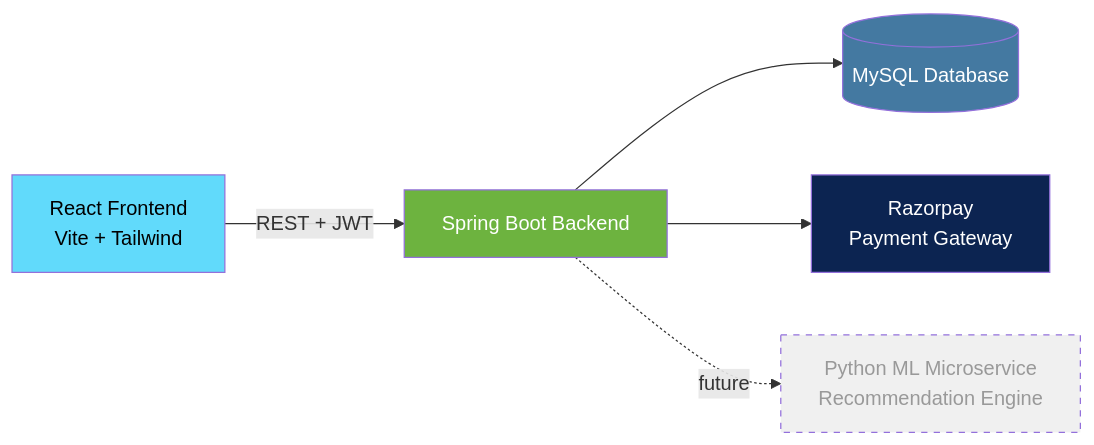
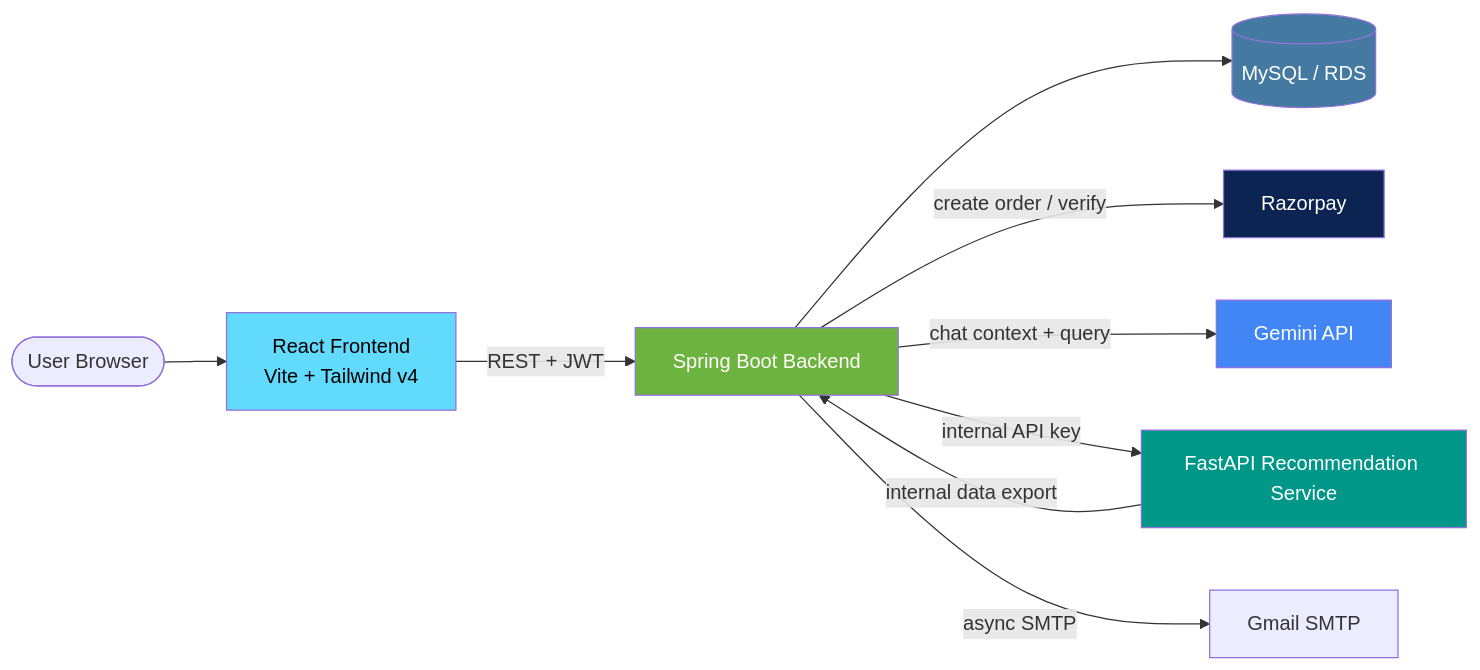
Before and after one commit to Abhishekkumar071/InsurAI: the first of 4 diagrams in README.md, drawn with Mermaid. The commit also changed other lines of this file, not shown here.

````diff
--- a/README.md
+++ b/README.md
@@ -81,13 +107,18 @@
 ```mermaid
 graph LR
-    A[React Frontend<br/>Vite + Tailwind] -->|REST + JWT| B[Spring Boot Backend]
-    B --> C[(MySQL Database)]
-    B --> D[Razorpay<br/>Payment Gateway]
-    B -.future.-> E[Python ML Microservice<br/>Recommendation Engine]
+    U([User Browser]) --> F[React Frontend<br/>Vite + Tailwind v4]
+    F -->|REST + JWT| B[Spring Boot Backend]
+    B --> DB[(MySQL / RDS)]
+    B -->|create order / verify| RZ[Razorpay]
+    B -->|chat context + query| GM[Gemini API]
+    B -->|internal API key| PY[FastAPI Recommendation Service]
+    PY -->|internal data export| B
+    B -->|async SMTP| ML[Gmail SMTP]
 
-    style A fill:#61DAFB,color:#000
+    style F fill:#61DAFB,color:#000
     style B fill:#6DB33F,color:#fff
-    style C fill:#4479A1,color:#fff
-    style D fill:#0C2451,color:#fff
-    style E fill:#f0f0f0,color:#999,stroke-dasharray: 5 5
+    style DB fill:#4479A1,color:#fff
+    style PY fill:#009688,color:#fff
+    style RZ fill:#0C2451,color:#fff
+    style GM fill:#4285F4,color:#fff
 ```
````
